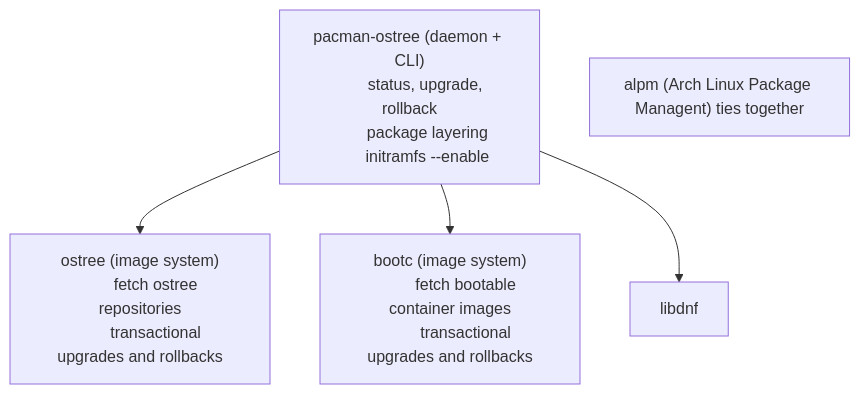
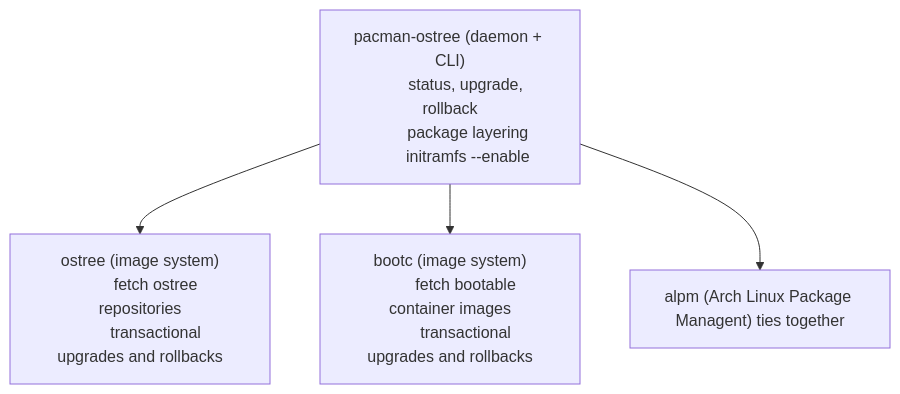
One commit to ImmutableArch/pacman-ostree changed the diagram in README.md. Above: the diagram before and after it, drawn with Mermaid.

````diff
--- a/README.md
+++ b/README.md
@@ -8,19 +8,19 @@
 ```mermaid
 flowchart TD
     pacmanostree["pacman-ostree (daemon + CLI)
         status, upgrade, rollback
         package layering
         initramfs --enable"] 
     bootc["bootc (image system)
         fetch bootable container images
         transactional upgrades and rollbacks"]
     ostree["ostree (image system)
         fetch ostree repositories
         transactional upgrades and rollbacks"]
     alpm["alpm (Arch Linux Package Managent) ties together
         "]
 
     pacmanostree --> ostree
     pacmanostree --> bootc
-    pacmanostree --> libdnf
+    pacmanostree --> alpm
 ```
````
